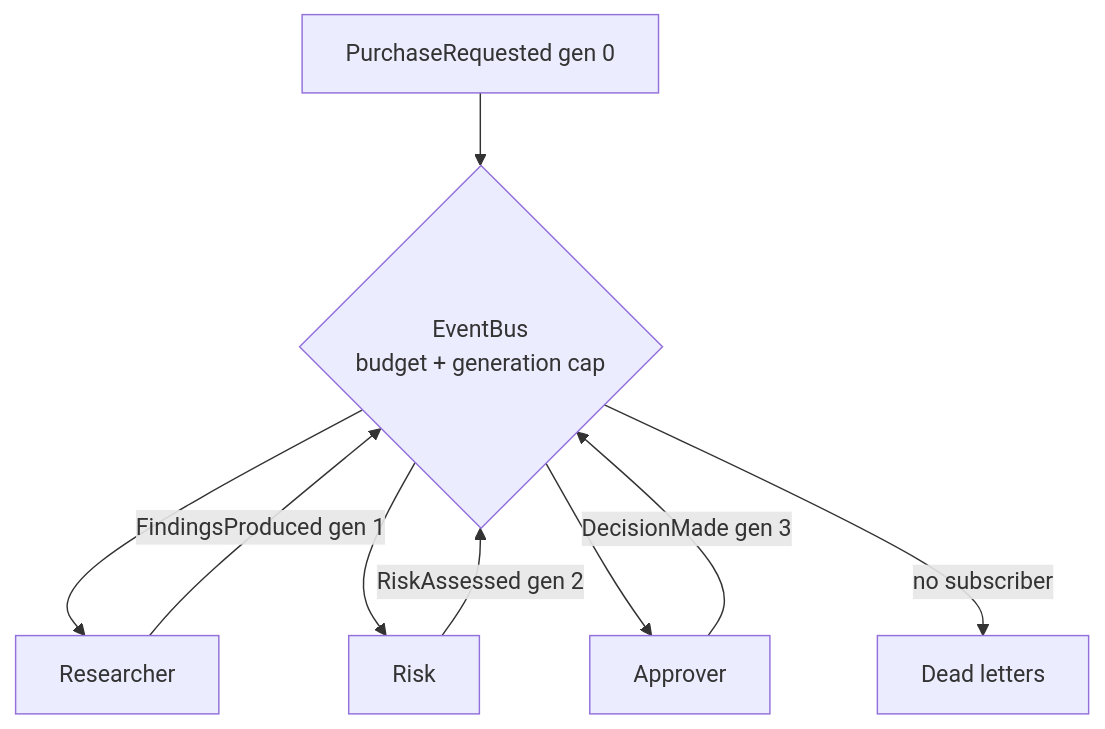
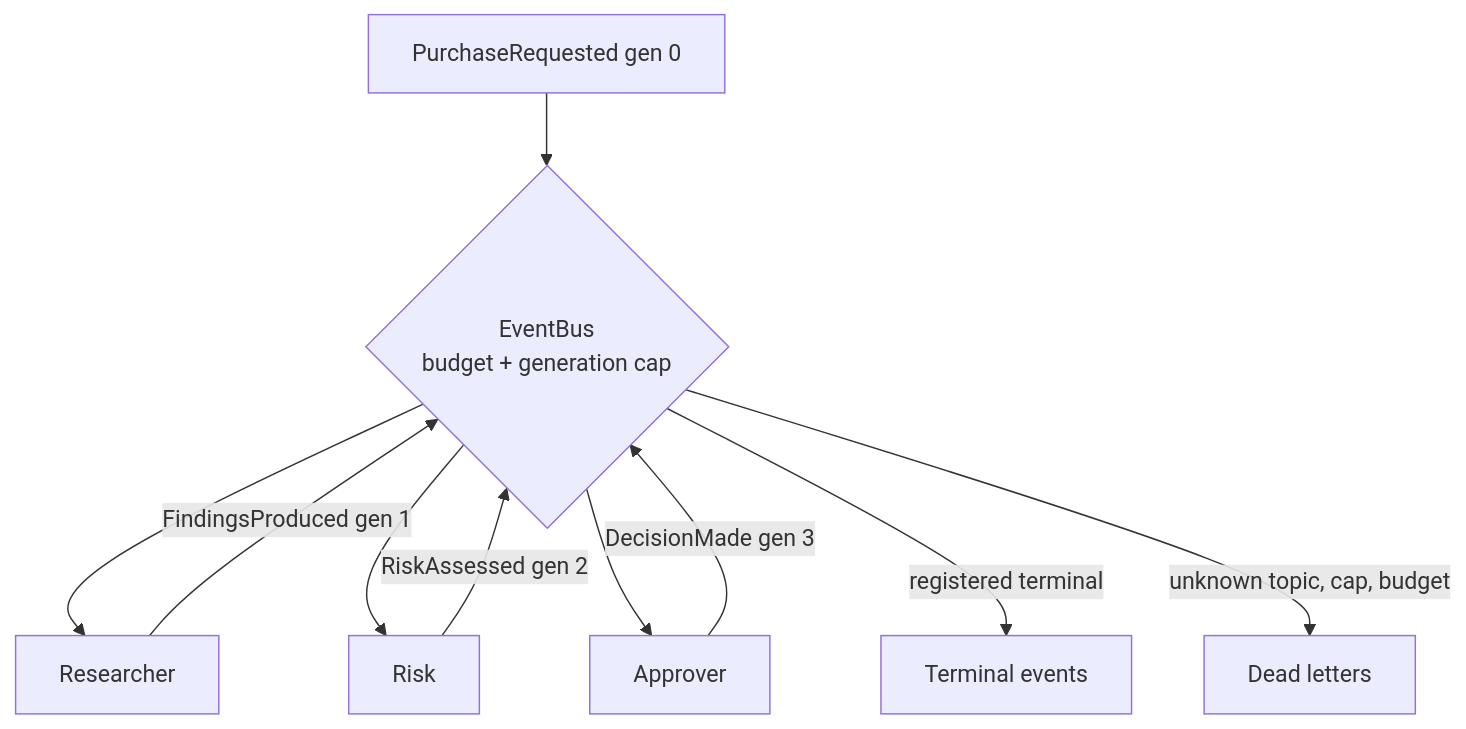
One commit to arst/agentic-patterns changed the diagram in PatternExplorer/patterns/EventDrivenAgents.md. Above: the diagram before and after it, drawn with Mermaid. The commit also changed other lines of this file and 15 other files, not shown here.

````diff
--- a/PatternExplorer/patterns/EventDrivenAgents.md
+++ b/PatternExplorer/patterns/EventDrivenAgents.md
@@ -76,11 +83,12 @@
 ```mermaid
 flowchart TB
     I[PurchaseRequested gen 0] --> B{EventBus<br/>budget + generation cap}
     B --> R[Researcher]
     R -->|FindingsProduced gen 1| B
     B --> K[Risk]
     K -->|RiskAssessed gen 2| B
     B --> A[Approver]
     A -->|DecisionMade gen 3| B
-    B -->|no subscriber| D[Dead letters]
+    B -->|registered terminal| T[Terminal events]
+    B -->|unknown topic, cap, budget| D[Dead letters]
 ```
````
